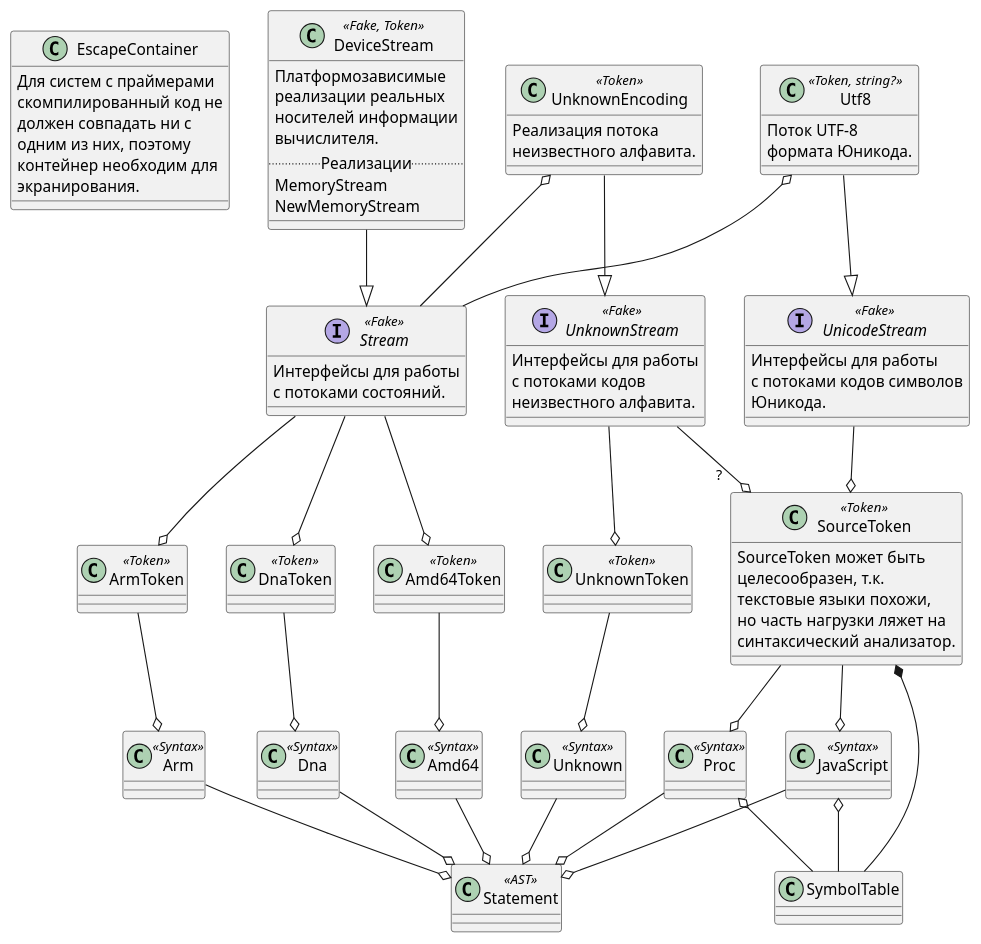
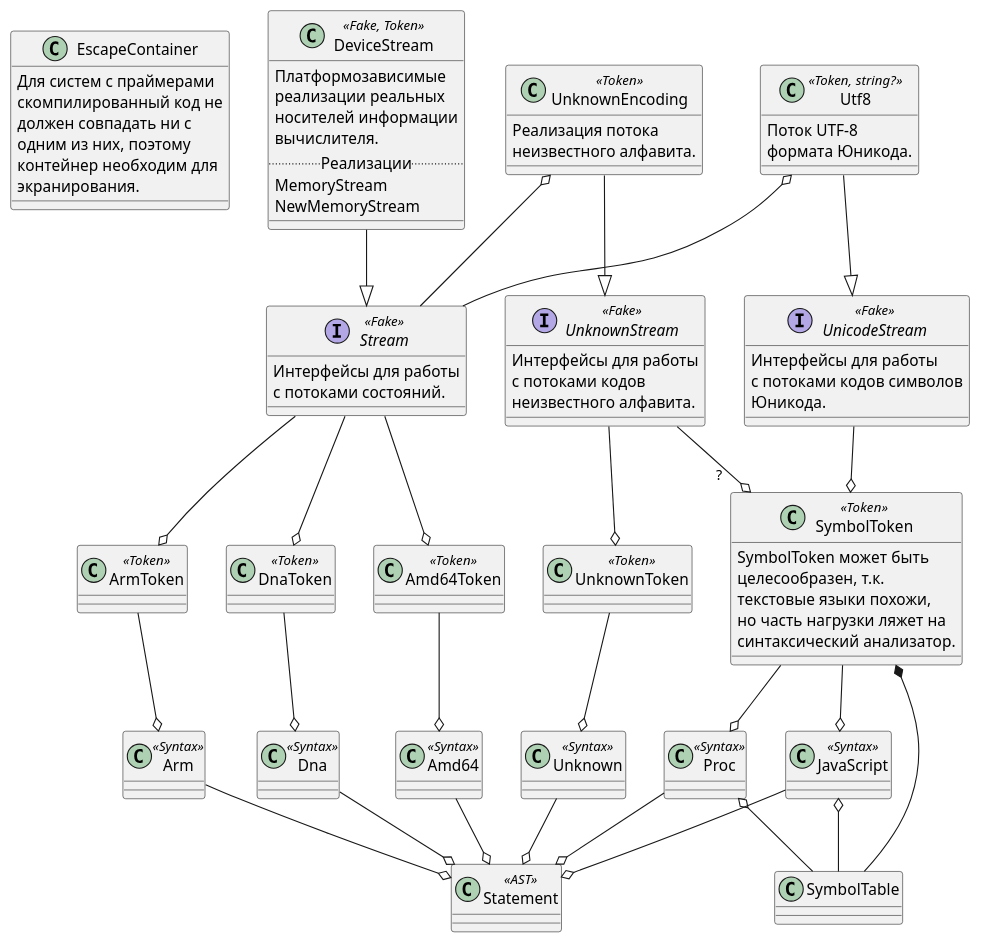
The diagram in Temp/Design/proc.puml (virtualmode/Proc), drawn with PlantUML before and after one commit. The commit also changed 9 other files, not shown here.

```diff
--- a/Temp/Design/proc.puml
+++ b/Temp/Design/proc.puml
@@ -3,169 +3,169 @@
 @startuml Proc
 
 /'
     owners feed pets, pets please owners (association)
     a tail is a part of both dogs and cats (aggregation / composition)
     a cat is a kind of pet (inheritance / generalization)
     specific pet is a cat (specialization)
     Extension?
 '/
 
 class EscapeContainer
 {
     Для систем с праймерами
     скомпилированный код не
     должен совпадать ни с
     одним из них, поэтому
     контейнер необходим для
     экранирования.
     '..
     '--
     '==
     '__
     '-private_field
     '#protected_field
     '~package_private
     '__
     '+public_method()
 }
 
 class DeviceStream << Fake, Token >>
 {
     Платформозависимые
     реализации реальных
     носителей информации
     вычислителя.
     .. Реализации ..
     MemoryStream
     NewMemoryStream
     __
 }
 
 interface Stream << Fake >>
 {
     Интерфейсы для работы
     с потоками состояний.
 }
 
 DeviceStream --|> Stream
 
 class Utf8 << Token, string? >>
 {
     Поток UTF-8
     формата Юникода.
 }
 
 class UnknownEncoding << Token >>
 {
     Реализация потока
     неизвестного алфавита.
 }
 
 interface UnknownStream << Fake >>
 {
     Интерфейсы для работы
     с потоками кодов
     неизвестного алфавита.
 }
 
 interface UnicodeStream << Fake >>
 {
     Интерфейсы для работы
     с потоками кодов символов
     Юникода.
 }
 
 Utf8 o-- Stream
 UnknownEncoding o-- Stream
 
 Utf8 --|> UnicodeStream
 UnknownEncoding --|> UnknownStream
 
-class SourceToken << Token >>
+class SymbolToken << Token >>
 {
-    SourceToken может быть
+    SymbolToken может быть
     целесообразен, т.к.
     текстовые языки похожи,
     но часть нагрузки ляжет на
     синтаксический анализатор.
 }
 
-UnicodeStream --o SourceToken
+UnicodeStream --o SymbolToken
 
 class UnknownToken << Token >>
 {
 }
 
 UnknownStream --o UnknownToken
-UnknownStream --o "?     " SourceToken
+UnknownStream --o "?     " SymbolToken
 
 class Amd64Token << Token >>
 {
 }
 
 Stream --o Amd64Token
 
 class ArmToken << Token >>
 {
 }
 
 Stream --o ArmToken
 
 class DnaToken << Token >>
 {
 }
 
 Stream --o DnaToken
 
 class SymbolTable
 {
 }
 
-SourceToken *-- SymbolTable
+SymbolToken *-- SymbolTable
 
 class JavaScript << Syntax >>
 {
 }
 
 class Proc << Syntax >>
 {
 }
 
 JavaScript o-- SymbolTable
 Proc o-- SymbolTable
 
 class Amd64 << Syntax >>
 {
 }
 
 class Arm << Syntax >>
 {
 }
 
 class Dna << Syntax >>
 {
 }
 
 class Unknown << Syntax >>
 {
 }
 
-SourceToken --o JavaScript
-SourceToken --o Proc
+SymbolToken --o JavaScript
+SymbolToken --o Proc
 Amd64Token --o Amd64
 ArmToken --o Arm
 DnaToken --o Dna
 UnknownToken --o Unknown
 
 class Statement << AST >>
 {
 }
 
 JavaScript --o Statement
 Proc --o Statement
 Amd64 --o Statement
 Arm --o Statement
 Dna --o Statement
 Unknown --o Statement
 
 @enduml
```
